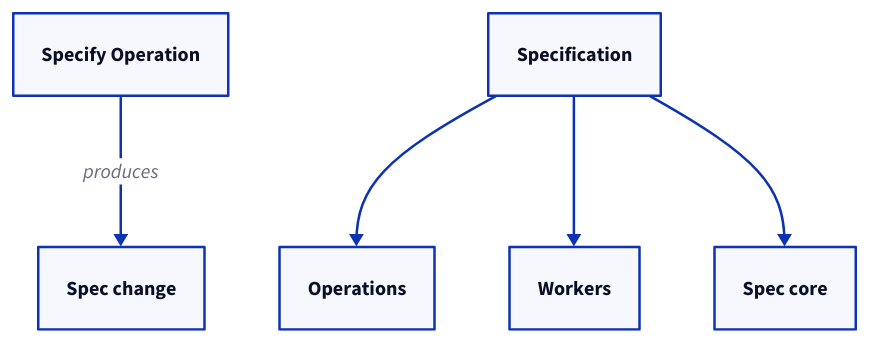
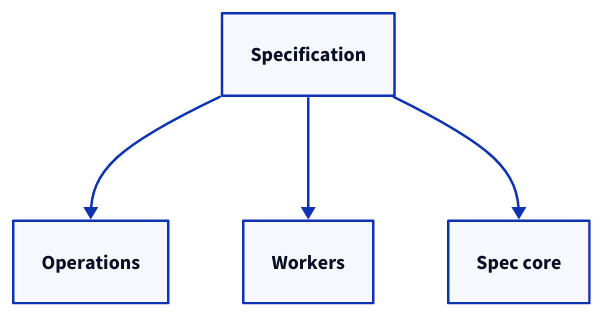
One commit to FTOD/concorde changed the third of 3 diagrams in specs/concorde/operations/specification/module.md. Above: the diagram before and after it, drawn with D2. The commit also changed other lines of this file and 21 other files, not shown here.

First line of the commit message:
Rewrite every Module entry with diagrams and an implementation overview

````diff
--- a/specs/concorde/operations/specification/module.md
+++ b/specs/concorde/operations/specification/module.md
@@ -141,12 +138,9 @@
 ```d2
-op: Specify Operation
-change: Spec change
 specification: Specification
 operations: Operations
 workers: Workers
 spec: Spec core
-op -> change: produces
 specification -> operations
 specification -> workers
 specification -> spec
 ```
````
